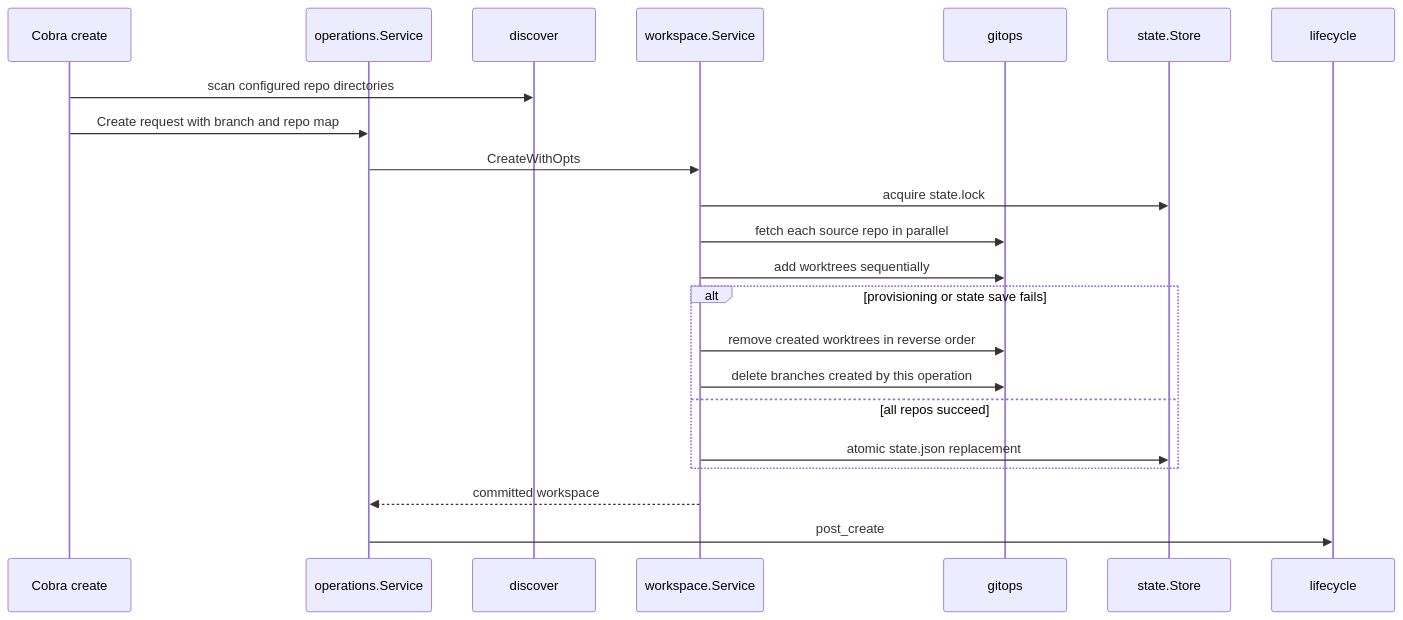
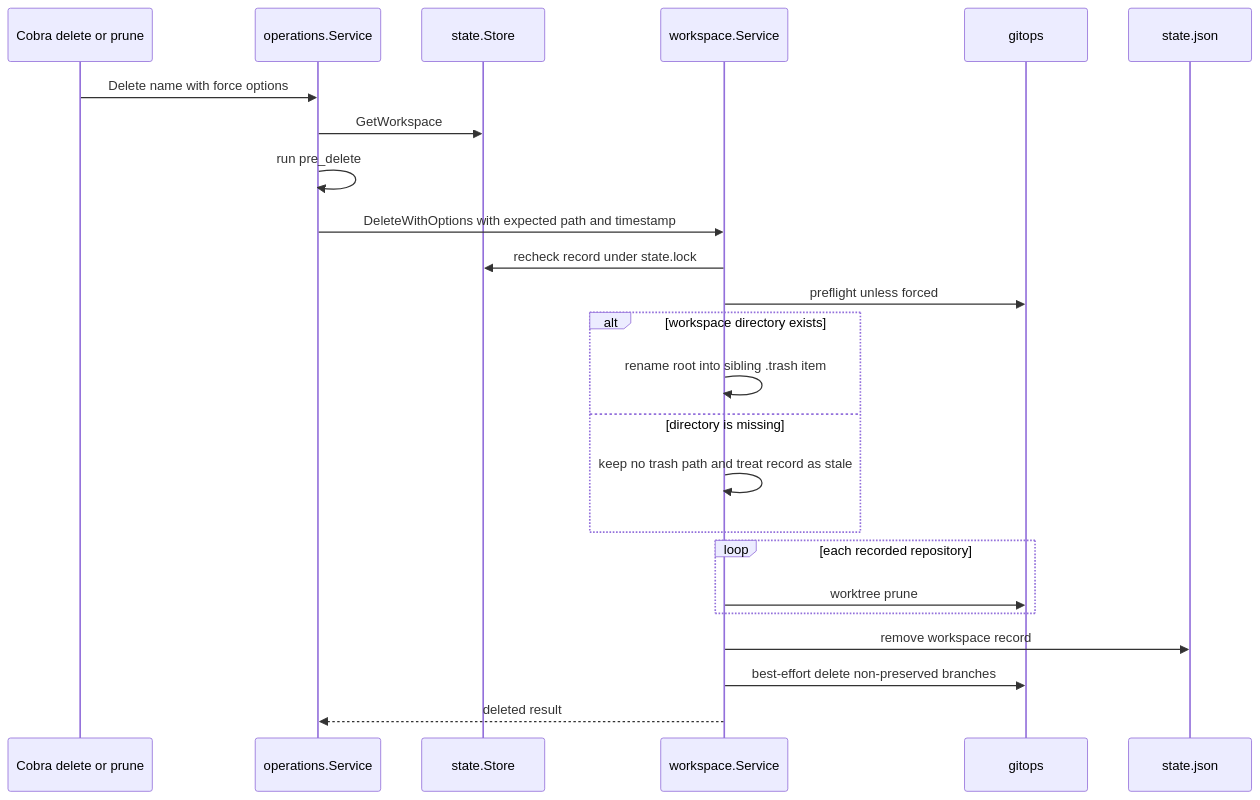
One commit to nicksenap/grove changed the second of 3 diagrams in openwiki/architecture.md. Above: the diagram before and after it, drawn with Mermaid. The commit also changed other lines of this file and 19 other files, not shown here.

First line of the commit message:
prune: handle stale records, unit-suffixed --min-age; trim plugin registry

````diff
--- a/openwiki/architecture.md
+++ b/openwiki/architecture.md
@@ -86,25 +67,27 @@
 ```mermaid
 sequenceDiagram
-    participant C as Cobra create
+    participant C as Cobra delete or prune
     participant O as operations.Service
-    participant D as discover
+    participant S as state.Store
     participant W as workspace.Service
     participant G as gitops
-    participant S as state.Store
-    participant H as lifecycle
+    participant T as state.json
 
-    C->>D: scan configured repo directories
-    C->>O: Create request with branch and repo map
-    O->>W: CreateWithOpts
-    W->>S: acquire state.lock
-    W->>G: fetch each source repo in parallel
-    W->>G: add worktrees sequentially
-    alt provisioning or state save fails
-        W->>G: remove created worktrees in reverse order
-        W->>G: delete branches created by this operation
-    else all repos succeed
-        W->>S: atomic state.json replacement
+    C->>O: Delete name with force options
+    O->>S: GetWorkspace
+    O->>O: run pre_delete
+    O->>W: DeleteWithOptions with expected path and timestamp
+    W->>S: recheck record under state.lock
+    W->>G: preflight unless forced
+    alt workspace directory exists
+        W->>W: rename root into sibling .trash item
+    else directory is missing
+        W->>W: keep no trash path and treat record as stale
     end
-    W-->>O: committed workspace
-    O->>H: post_create
+    loop each recorded repository
+        W->>G: worktree prune
+    end
+    W->>T: remove workspace record
+    W->>G: best-effort delete non-preserved branches
+    W-->>O: deleted result
 ```
````
